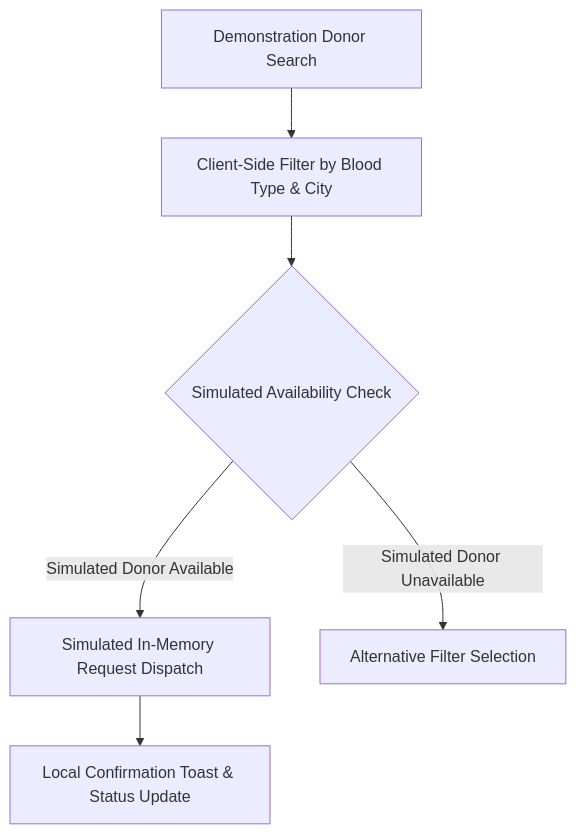
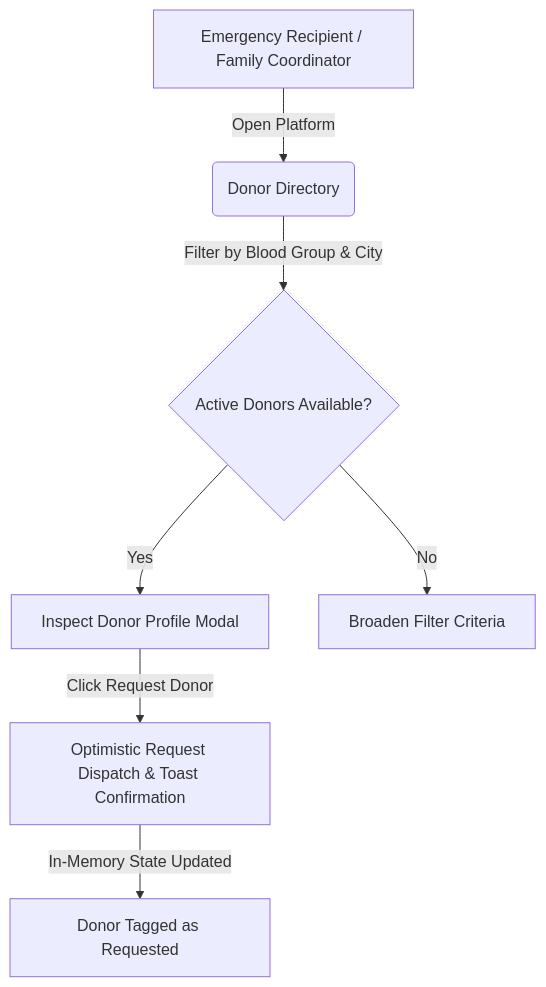
The diagram in wiki/Home.md (TheVicky1/Hema), drawn with Mermaid before and after one commit. The commit also changed other lines of this file and 24 other files, not shown here.

Commit message:
docs(wiki): enrich 24-chapter documentation suite with full architecture, domain models, and guides

````diff
--- a/wiki/Home.md
+++ b/wiki/Home.md
@@ -11,8 +11,9 @@
 ```mermaid
 graph TD
-    A[Demonstration Donor Search] --> B[Client-Side Filter by Blood Type & City]
-    B --> C{Simulated Availability Check}
-    C -->|Simulated Donor Available| D[Simulated In-Memory Request Dispatch]
-    C -->|Simulated Donor Unavailable| E[Alternative Filter Selection]
-    D --> F[Local Confirmation Toast & Status Update]
+    A[Emergency Recipient / Family Coordinator] -->|Open Platform| B(Donor Directory)
+    B -->|Filter by Blood Group & City| C{Active Donors Available?}
+    C -->|Yes| D[Inspect Donor Profile Modal]
+    C -->|No| E[Broaden Filter Criteria]
+    D -->|Click Request Donor| F[Optimistic Request Dispatch & Toast Confirmation]
+    F -->|In-Memory State Updated| G[Donor Tagged as Requested]
 ```
````
